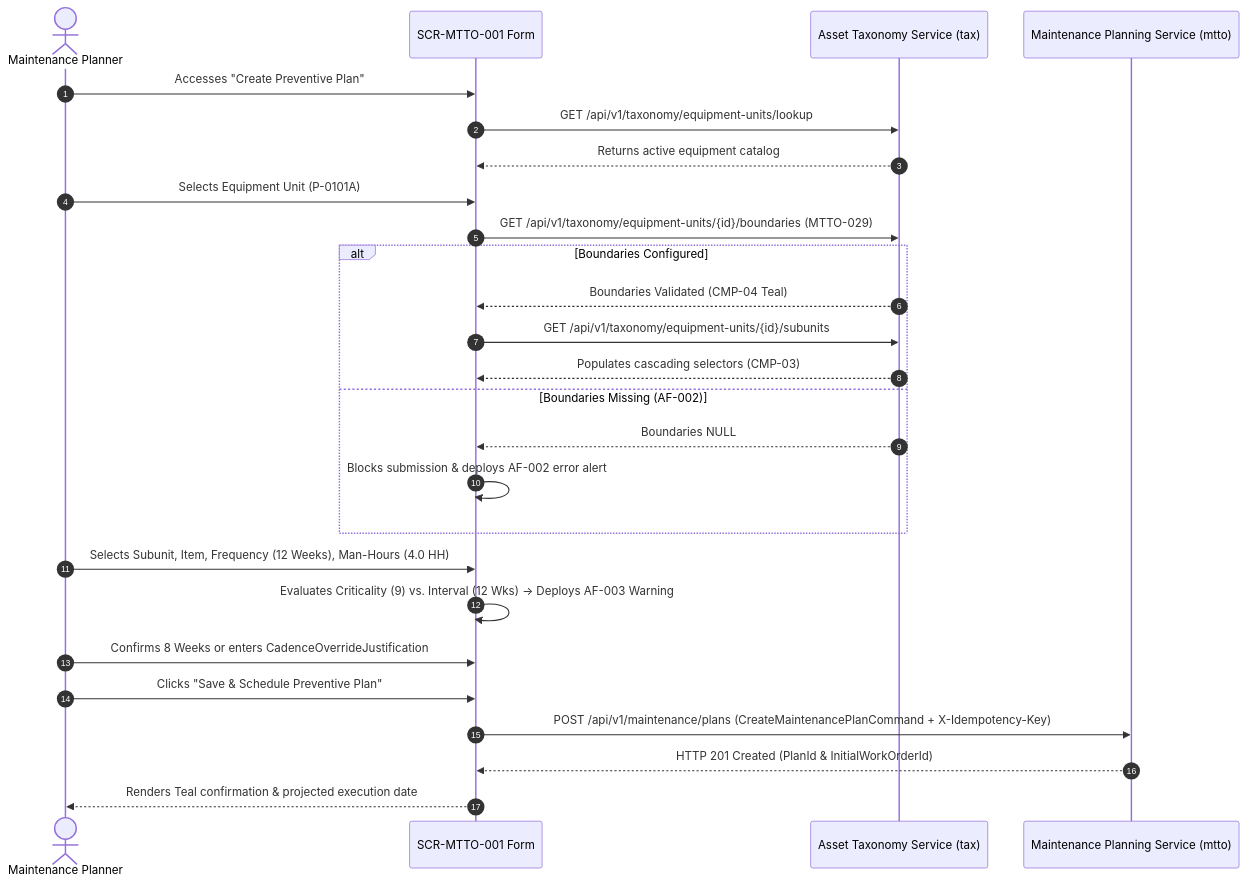
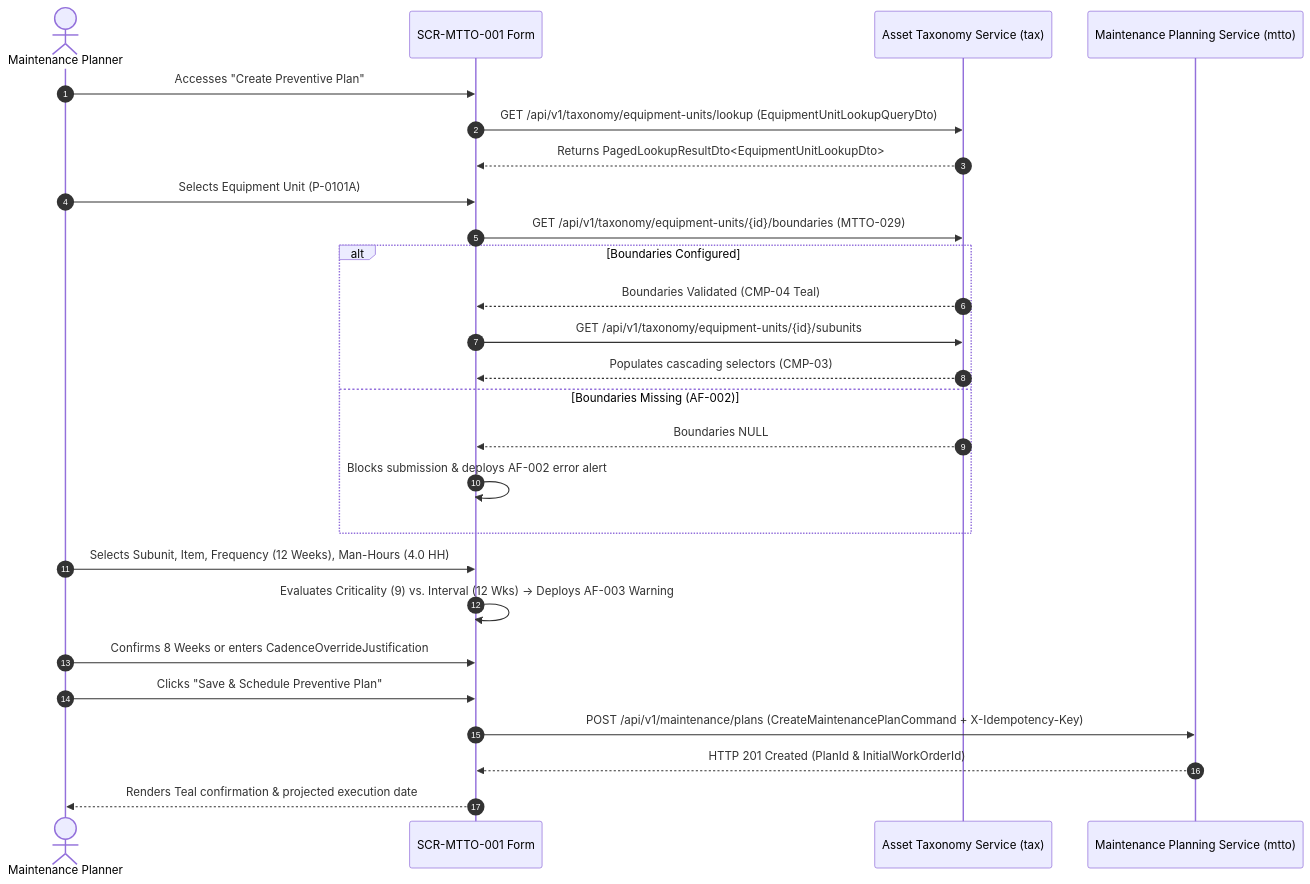
One commit to Novav20/adso-dteam-docs changed the diagram in ui-ux/screens/mtto/SCR-MTTO-001.md. Above: the diagram before and after it, drawn with Mermaid. The commit also changed other lines of this file and 3 other files, not shown here.

Commit message:
docs(ui-ux): unify EquipmentUnitLookupDto, PagedLookupResultDto, and EquipmentOperationalStatus

````diff
--- a/ui-ux/screens/mtto/SCR-MTTO-001.md
+++ b/ui-ux/screens/mtto/SCR-MTTO-001.md
@@ -195,29 +195,29 @@
 ```mermaid
 sequenceDiagram
     autonumber
     actor Planner as Maintenance Planner
     participant UI as SCR-MTTO-001 Form
     participant TAX as Asset Taxonomy Service (tax)
     participant MTTO as Maintenance Planning Service (mtto)
 
     Planner->>UI: Accesses "Create Preventive Plan"
-    UI->>TAX: GET /api/v1/taxonomy/equipment-units/lookup
-    TAX-->>UI: Returns active equipment catalog
+    UI->>TAX: GET /api/v1/taxonomy/equipment-units/lookup (EquipmentUnitLookupQueryDto)
+    TAX-->>UI: Returns PagedLookupResultDto<EquipmentUnitLookupDto>
     Planner->>UI: Selects Equipment Unit (P-0101A)
     UI->>TAX: GET /api/v1/taxonomy/equipment-units/{id}/boundaries (MTTO-029)
     alt Boundaries Configured
         TAX-->>UI: Boundaries Validated (CMP-04 Teal)
         UI->>TAX: GET /api/v1/taxonomy/equipment-units/{id}/subunits
         TAX-->>UI: Populates cascading selectors (CMP-03)
     else Boundaries Missing (AF-002)
         TAX-->>UI: Boundaries NULL
         UI->>UI: Blocks submission & deploys AF-002 error alert
     end
     Planner->>UI: Selects Subunit, Item, Frequency (12 Weeks), Man-Hours (4.0 HH)
     UI->>UI: Evaluates Criticality (9) vs. Interval (12 Wks) -> Deploys AF-003 Warning
     Planner->>UI: Confirms 8 Weeks or enters CadenceOverrideJustification
     Planner->>UI: Clicks "Save & Schedule Preventive Plan"
     UI->>MTTO: POST /api/v1/maintenance/plans (CreateMaintenancePlanCommand + X-Idempotency-Key)
     MTTO-->>UI: HTTP 201 Created (PlanId & InitialWorkOrderId)
     UI-->>Planner: Renders Teal confirmation & projected execution date
 ```
````
